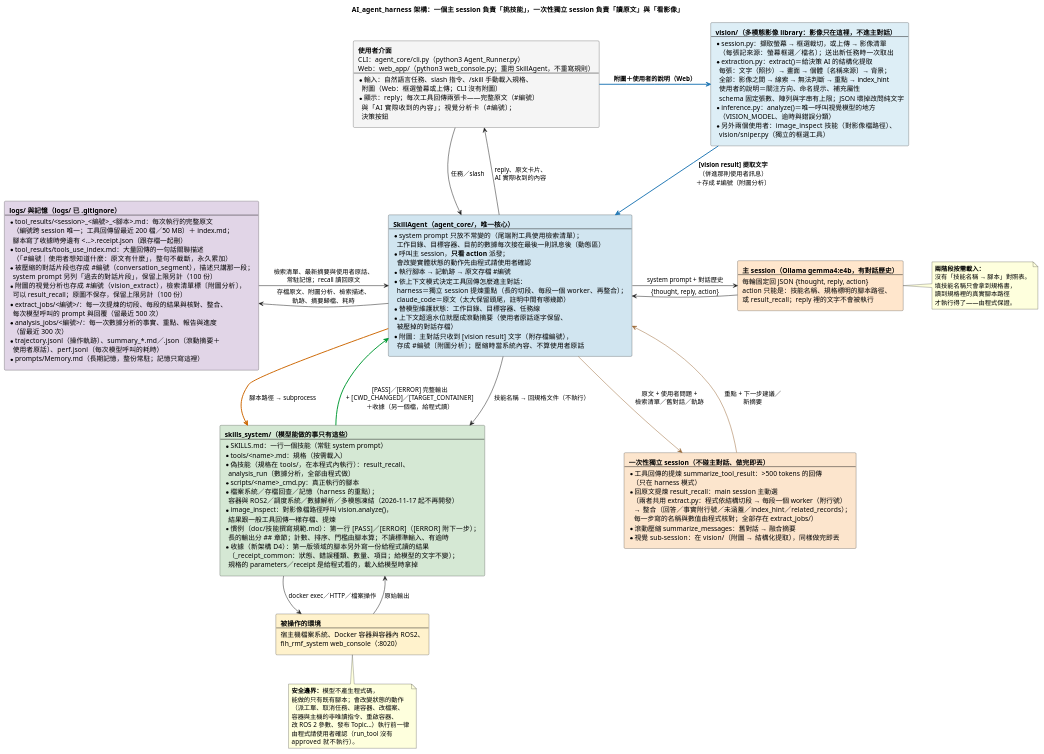
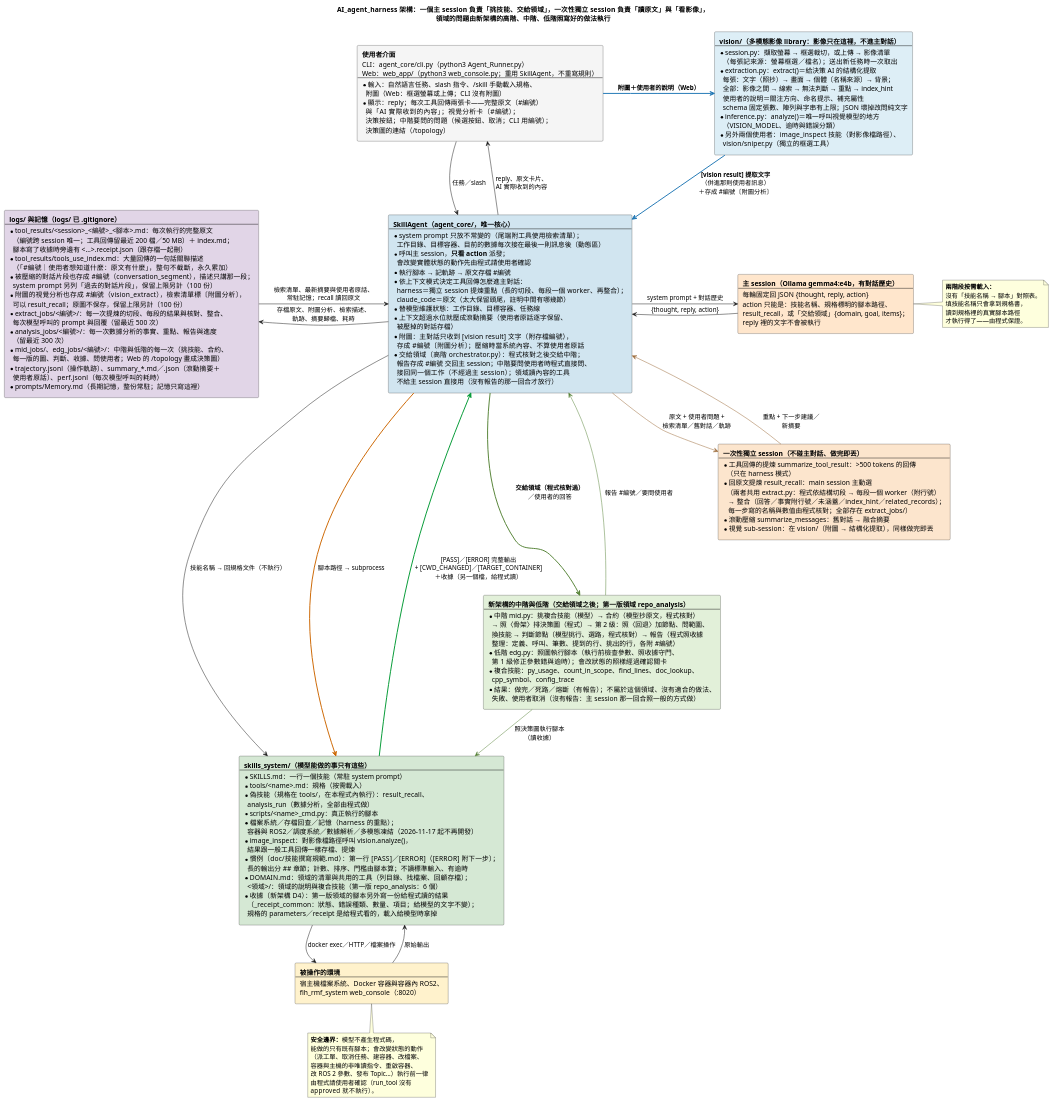
The diagram in doc/diagrams/AI_agent_harness的說明.puml (DavidZox/Coding_agnet), drawn with PlantUML before and after one commit. The commit also changed 25 other files, not shown here.

```diff
--- a/doc/diagrams/AI_agent_harness的說明.puml
+++ b/doc/diagrams/AI_agent_harness的說明.puml
@@ -1,161 +1,190 @@
 @startuml
 ' --- 樣式精準控制 ---
 skinparam RectangleWidthMax 340
 skinparam ranksep 60
 skinparam nodesep 60
 skinparam shadowing false
 skinparam defaultFontName "Microsoft JhengHei"
 
-title AI_agent_harness 架構：一個主 session 負責「挑技能」，一次性獨立 session 負責「讀原文」與「看影像」
+title AI_agent_harness 架構：一個主 session 負責「挑技能、交給領域」，一次性獨立 session 負責「讀原文」與「看影像」，\n領域的問題由新架構的高階、中階、低階照寫好的做法執行
 
 rectangle NodeUser #F5F5F5 [
   **使用者介面**
   CLI：agent_core/cli.py（python3 Agent_Runner.py）
   Web：web_app/（python3 web_console.py；重用 SkillAgent，不重寫規則）
   ----
   * 輸入：自然語言任務、slash 指令、/skill 手動載入規格、
     附圖（Web：框選螢幕或上傳；CLI 沒有附圖）
   * 顯示：reply；每次工具回傳兩張卡——完整原文（#編號）
     與「AI 實際收到的內容」；視覺分析卡（#編號）；
-    決策按鈕
+    決策按鈕；中階要問的問題（候選按鈕、取消；CLI 用編號）；
+    決策圖的連結（/topology）
 ]
 
 rectangle NodeVision #DDEEF6 [
   **vision/（多模態影像 library：影像只在這裡，不進主對話）**
   ----
   * session.py：擷取螢幕 → 框選裁切，或上傳 → 影像清單
     （每張記來源：螢幕框選／檔名）；送出新任務時一次取出
   * extraction.py：extract()＝給決策 AI 的結構化提取
     每張：文字（照抄）→ 畫面 → 個體〔名稱來源〕→ 背景；
     全部：影像之間 → 線索 → 無法判斷 → 重點 → index_hint
     使用者的說明＝關注方向、命名提示、補充屬性
     schema 固定張數、陣列與字串有上限；JSON 壞掉改問純文字
   * inference.py：analyze()＝唯一呼叫視覺模型的地方
     （VISION_MODEL、逾時與錯誤分類）
   * 另外兩個使用者：image_inspect 技能（對影像檔路徑）、
     vision/sniper.py（獨立的框選工具）
 ]
 
 rectangle NodeAgent #D1E5F0 [
   **SkillAgent（agent_core/，唯一核心）**
   ----
   * system prompt 只放不常變的（尾端附工具使用檢索清單）；
     工作目錄、目標容器、目前的數據每次接在最後一則訊息後（動態區）
   * 呼叫主 session，**只看 action** 派發；
     會改變實體狀態的動作先由程式請使用者確認
   * 執行腳本 → 記軌跡 → 原文存檔 #編號
   * 依上下文模式決定工具回傳怎麼進主對話：
     harness＝獨立 session 提煉重點（長的切段、每段一個 worker、再整合）；
     claude_code＝原文（太大保留頭尾，註明中間有哪幾節）
   * 替模型維護狀態：工作目錄、目標容器、任務線
   * 上下文超過水位就壓成滾動摘要（使用者原話逐字保留、
     被壓掉的對話存檔）
   * 附圖：主對話只收到 [vision result] 文字（附存檔編號），
     存成 #編號〔附圖分析〕；壓縮時當系統內容、不算使用者原話
+  * 交給領域（高階 orchestrator.py）：程式核對之後交給中階；
+    報告存成 #編號 交回主 session；中階要問使用者時程式直接問、
+    接回同一個工作（不經過主 session）；領域讀內容的工具
+    不給主 session 直接用（沒有報告的那一回合才放行）
 ]
 
 rectangle NodeLLM #FFE6CC [
   **主 session（Ollama gemma4:e4b，有對話歷史）**
   ----
   每輪固定回 JSON {thought, reply, action}
   action 只能是：技能名稱、規格標明的腳本路徑、
-  或 result_recall；reply 裡的文字不會被執行
+  result_recall，或「交給領域」{domain, goal, items}；
+  reply 裡的文字不會被執行
 ]
 
 rectangle NodeSub #FCE5CD [
   **一次性獨立 session（不碰主對話、做完即丟）**
   ----
   * 工具回傳的提煉 summarize_tool_result：>500 tokens 的回傳
     （只在 harness 模式）
   * 回原文提煉 result_recall：main session 主動選
     （兩者共用 extract.py：程式依結構切段 → 每段一個 worker（附行號）
      → 整合（回答／事實附行號／未涵蓋／index_hint／related_records）；
      每一步寫的名稱與數值由程式核對；全部存在 extract_jobs/）
   * 滾動壓縮 summarize_messages：舊對話 → 融合摘要
   * 視覺 sub-session：在 vision/（附圖 → 結構化提取），同樣做完即丟
 ]
 
 rectangle NodeSkills #D5E8D4 [
   **skills_system/（模型能做的事只有這些）**
   ----
   * SKILLS.md：一行一個技能（常駐 system prompt）
   * tools/<name>.md：規格（按需載入）
   * 偽技能（規格在 tools/，在本程式內執行）：result_recall、
     analysis_run（數據分析，全部由程式做）
   * scripts/<name>_cmd.py：真正執行的腳本
   * 檔案系統／存檔回查／記憶（harness 的重點）；
     容器與 ROS2／調度系統／數據解析／多模態凍結（2026-11-17 起不再開發）
   * image_inspect：對影像檔路徑呼叫 vision.analyze()，
     結果跟一般工具回傳一樣存檔、提煉
   * 慣例（doc/技能撰寫規範.md）：第一行 [PASS]／[ERROR]（[ERROR] 附下一步）；
     長的輸出分 ## 章節；計數、排序、門檻由腳本算；不讀標準輸入、有逾時
+  * DOMAIN.md：領域的清單與共用的工具（列目錄、找檔案、回顧存檔）；
+    <領域>/：領域的說明與複合技能（第一版 repo_analysis：6 個）
   * 收據（新架構 D4）：第一版領域的腳本另外寫一份給程式讀的結果
     （_receipt_common：狀態、錯誤種類、數量、項目；給模型的文字不變）；
     規格的 parameters／receipt 是給程式看的，載入給模型時拿掉
+]
+
+rectangle NodeDomain #E2F0D9 [
+  **新架構的中階與低階（交給領域之後；第一版領域 repo_analysis）**
+  ----
+  * 中階 mid.py：挑複合技能（模型）→ 合約（模型抄原文，程式核對）
+    → 照〈骨架〉排決策圖（程式）→ 第 2 級：照〈回退〉加節點、問範圍、
+    換技能 → 判斷節點（模型挑行、選路，程式核對）→ 報告（程式照收據
+    整理：定義、呼叫、筆數、提到的行、挑出的行，各附 #編號）
+  * 低階 edg.py：照圖執行腳本（執行前檢查參數、照收據守門、
+    第 1 級修正參數錯與逾時）；會改狀態的照樣經過確認關卡
+  * 複合技能：py_usage、count_in_scope、find_lines、doc_lookup、
+    cpp_symbol、config_trace
+  * 結果：做完／死路／熔斷（有報告）；不屬於這個領域、沒有適合的做法、
+    失敗、使用者取消（沒有報告：主 session 那一回合照一般的方式做）
 ]
 
 rectangle NodeWorld #FFF2CC [
   **被操作的環境**
   ----
   宿主機檔案系統、Docker 容器與容器內 ROS2、
   fih_rmf_system web_console（:8020）
 ]
 
 rectangle NodeStore #E1D5E7 [
   **logs/ 與記憶（logs/ 已 .gitignore）**
   ----
   * tool_results/<session>_<編號>_<腳本>.md：每次執行的完整原文
     （編號跨 session 唯一；工具回傳留最近 200 檔／50 MB）＋ index.md；
     腳本寫了收據時旁邊有 <…>.receipt.json（跟存檔一起刪）
   * tool_results/tools_use_index.md：大量回傳的一句話關聯描述
     （「#編號｜使用者想知道什麼：原文有什麼」，整句不截斷，永久累加）
   * 被壓縮的對話片段也存成 #編號（conversation_segment），描述只講那一段；
     system prompt 另列「過去的對話片段」，保留上限另計（100 份）
   * 附圖的視覺分析也存成 #編號（vision_extract），檢索清單標〔附圖分析〕，
     可以 result_recall；原圖不保存，保留上限另計（100 份）
   * extract_jobs/<編號>/：每一次提煉的切段、每段的結果與核對、整合、
     每次模型呼叫的 prompt 與回覆（留最近 500 次）
   * analysis_jobs/<編號>/：每一次數據分析的事實、重點、報告與進度
     （留最近 300 次）
+  * mid_jobs/、edg_jobs/<編號>/：中階與低階的每一次（挑技能、合約、
+    每一版的圖、判斷、收據、問使用者；Web 的 /topology 畫成決策圖）
   * trajectory.jsonl（操作軌跡）、summary_*.md／.json（滾動摘要＋
     使用者原話）、perf.jsonl（每次模型呼叫的耗時）
   * prompts/Memory.md（長期記憶，整份常駐；記憶只寫這裡）
 ]
 
 NodeUser -down-> NodeAgent : 任務／slash
 NodeAgent -up-> NodeUser : reply、原文卡片、\nAI 實際收到的內容
 NodeAgent -right-> NodeLLM : system prompt + 對話歷史
 NodeLLM -left-> NodeAgent : {thought, reply, action}
 NodeAgent -[#996633]right-> NodeSub : 原文 + 使用者問題 +\n檢索清單／舊對話／軌跡
 NodeSub -[#996633]left-> NodeAgent : 重點 + 下一步建議／\n新摘要
 NodeUser -[#1F77B4,bold]right-> NodeVision : **附圖＋使用者的說明（Web）**
 NodeVision -[#1F77B4,bold]down-> NodeAgent : **[vision result] 提取文字**\n（併進那則使用者訊息）\n＋存成 #編號〔附圖分析〕
 NodeAgent -down-> NodeSkills : 技能名稱 → 回規格文件（不執行）
 NodeAgent -[#CC6600,bold]down-> NodeSkills : 腳本路徑 → subprocess
 NodeSkills -down-> NodeWorld : docker exec／HTTP／檔案操作
 NodeWorld -up-> NodeSkills : 原始輸出
 NodeSkills -[#009933,bold]up-> NodeAgent : [PASS]／[ERROR] 完整輸出\n+ [CWD_CHANGED]／[TARGET_CONTAINER]\n＋收據（另一個檔，給程式讀）
 NodeAgent -left-> NodeStore : 存檔原文、附圖分析、檢索描述、\n軌跡、摘要歸檔、耗時
+NodeAgent -[#548235,bold]right-> NodeDomain : **交給領域（程式核對過）**\n／使用者的回答
+NodeDomain -[#548235]left-> NodeAgent : 報告 #編號／要問使用者
+NodeDomain -[#548235]down-> NodeSkills : 照決策圖執行腳本\n（讀收據）
+NodeSub -[hidden]down-> NodeDomain
 NodeStore -right-> NodeAgent : 檢索清單、最新摘要與使用者原話、\n常駐記憶；recall 讀回原文
 NodeLLM -[hidden]down-> NodeSub
 NodeVision -[hidden]down-> NodeLLM
 
 note right of NodeLLM
   **兩階段按需載入：**
   沒有「技能名稱 → 腳本」對照表。
   填技能名稱只會拿到規格書，
   讀到規格裡的真實腳本路徑
   才執行得了——由程式保證。
 end note
 
 note bottom of NodeWorld
   **安全邊界：**模型不產生程式碼，
   能做的只有既有腳本；會改變狀態的動作
   （派工單、取消任務、建容器、改檔案、
   容器與主機的非唯讀指令、重啟容器、
   改 ROS 2 參數、發布 Topic…）執行前一律
   由程式請使用者確認（run_tool 沒有
   approved 就不執行）。
 end note
 
 @enduml
```
